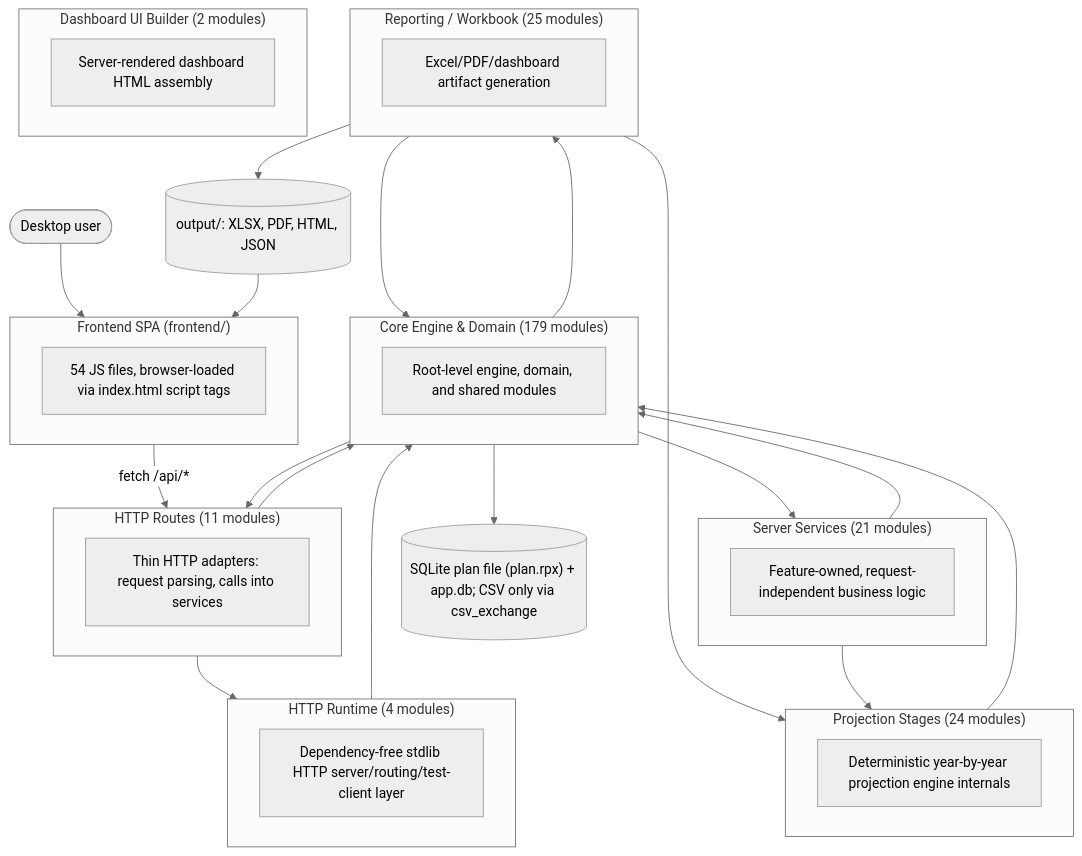
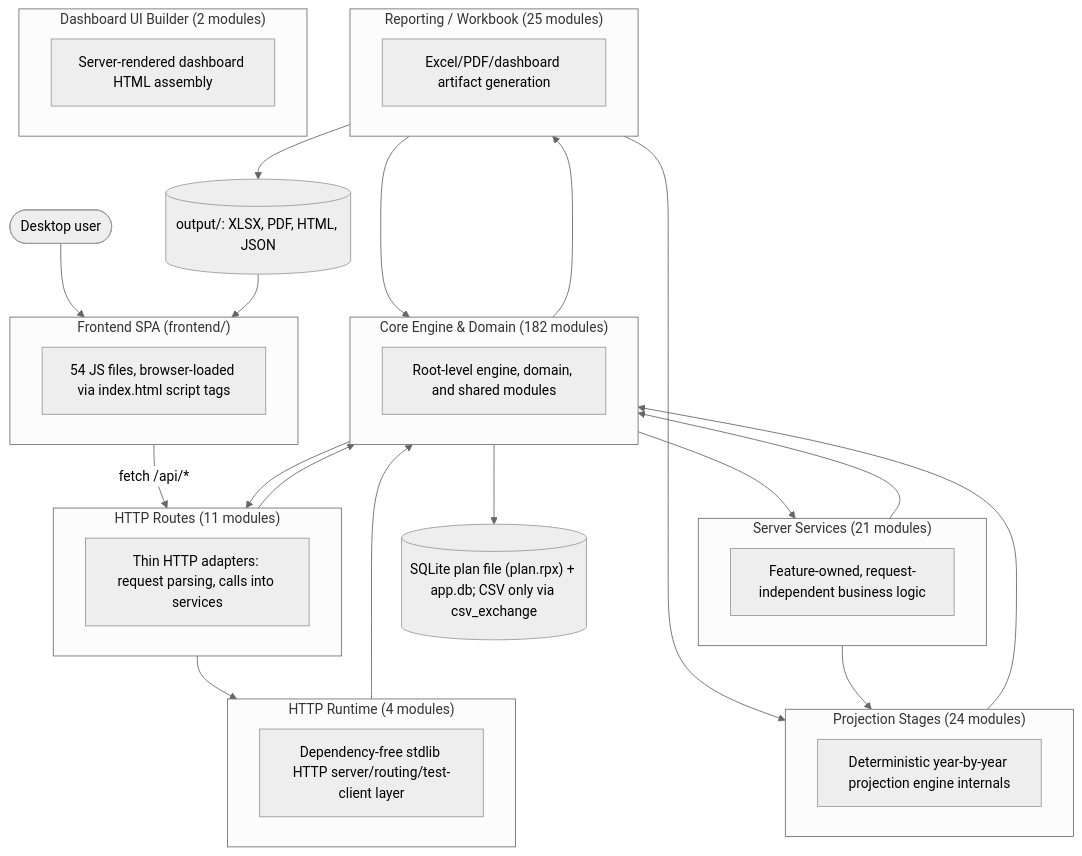
The first of 2 diagrams in documentation/reference/SYSTEM_ARCHITECTURE_DIAGRAM.md (matthartzman/retirement_system), drawn with Mermaid (neutral theme) before and after one commit. The commit also changed other lines of this file and 5 other files, not shown here.

````diff
--- a/documentation/reference/SYSTEM_ARCHITECTURE_DIAGRAM.md
+++ b/documentation/reference/SYSTEM_ARCHITECTURE_DIAGRAM.md
@@ -11,43 +11,43 @@
 ```mermaid
 flowchart TB
     User(["Desktop user"]) --> FE
     subgraph FE["Frontend SPA (frontend/)"]
         FEcount["54 JS files, browser-loaded via index.html script tags"]
     end
     FE -->|fetch /api/*| L_HTTP_Routes
     subgraph L_HTTP_Routes["HTTP Routes (11 modules)"]
         L_HTTP_Routes_d["Thin HTTP adapters: request parsing, calls into services"]
     end
     subgraph L_Server_Services["Server Services (21 modules)"]
         L_Server_Services_d["Feature-owned, request-independent business logic"]
     end
     subgraph L_HTTP_Runtime["HTTP Runtime (4 modules)"]
         L_HTTP_Runtime_d["Dependency-free stdlib HTTP server/routing/test-client layer"]
     end
-    subgraph L_Core_Engine___Domain["Core Engine & Domain (179 modules)"]
+    subgraph L_Core_Engine___Domain["Core Engine & Domain (182 modules)"]
         L_Core_Engine___Domain_d["Root-level engine, domain, and shared modules"]
     end
     subgraph L_Projection_Stages["Projection Stages (24 modules)"]
         L_Projection_Stages_d["Deterministic year-by-year projection engine internals"]
     end
     subgraph L_Reporting___Workbook["Reporting / Workbook (25 modules)"]
         L_Reporting___Workbook_d["Excel/PDF/dashboard artifact generation"]
     end
     subgraph L_Dashboard_UI_Builder["Dashboard UI Builder (2 modules)"]
         L_Dashboard_UI_Builder_d["Server-rendered dashboard HTML assembly"]
     end
     L_Core_Engine___Domain --> L_HTTP_Routes
     L_Core_Engine___Domain --> L_Reporting___Workbook
     L_Core_Engine___Domain --> L_Server_Services
     L_HTTP_Routes --> L_Core_Engine___Domain
     L_HTTP_Routes --> L_HTTP_Runtime
     L_HTTP_Runtime --> L_Core_Engine___Domain
     L_Projection_Stages --> L_Core_Engine___Domain
     L_Reporting___Workbook --> L_Core_Engine___Domain
     L_Reporting___Workbook --> L_Projection_Stages
     L_Server_Services --> L_Core_Engine___Domain
     L_Server_Services --> L_Projection_Stages
     L_Core_Engine___Domain --> DB[("SQLite plan file (plan.rpx) + app.db; CSV only via csv_exchange")]
     L_Reporting___Workbook --> Outputs[("output/: XLSX, PDF, HTML, JSON")]
     Outputs --> FE
 ```
````
